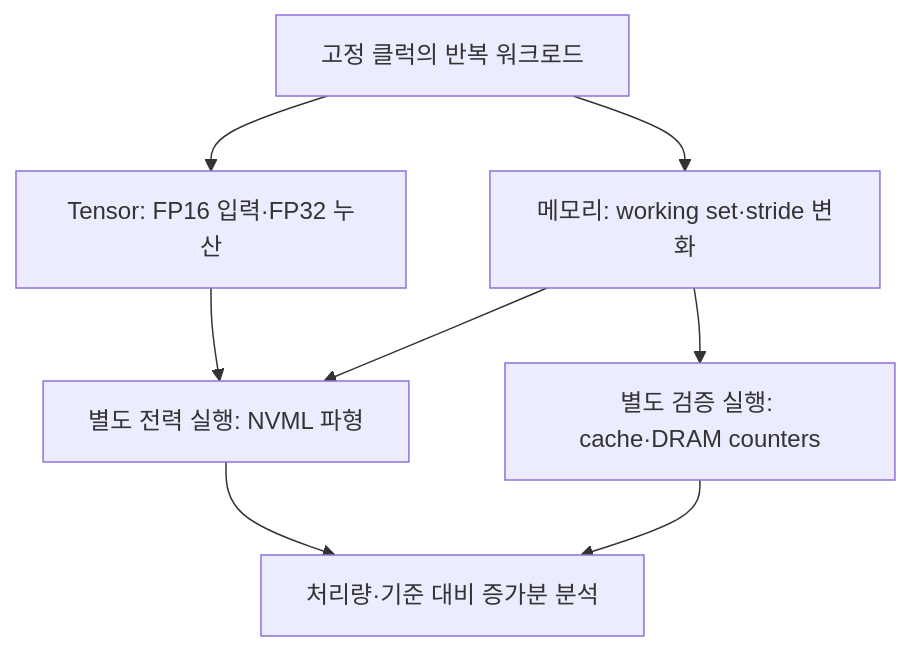
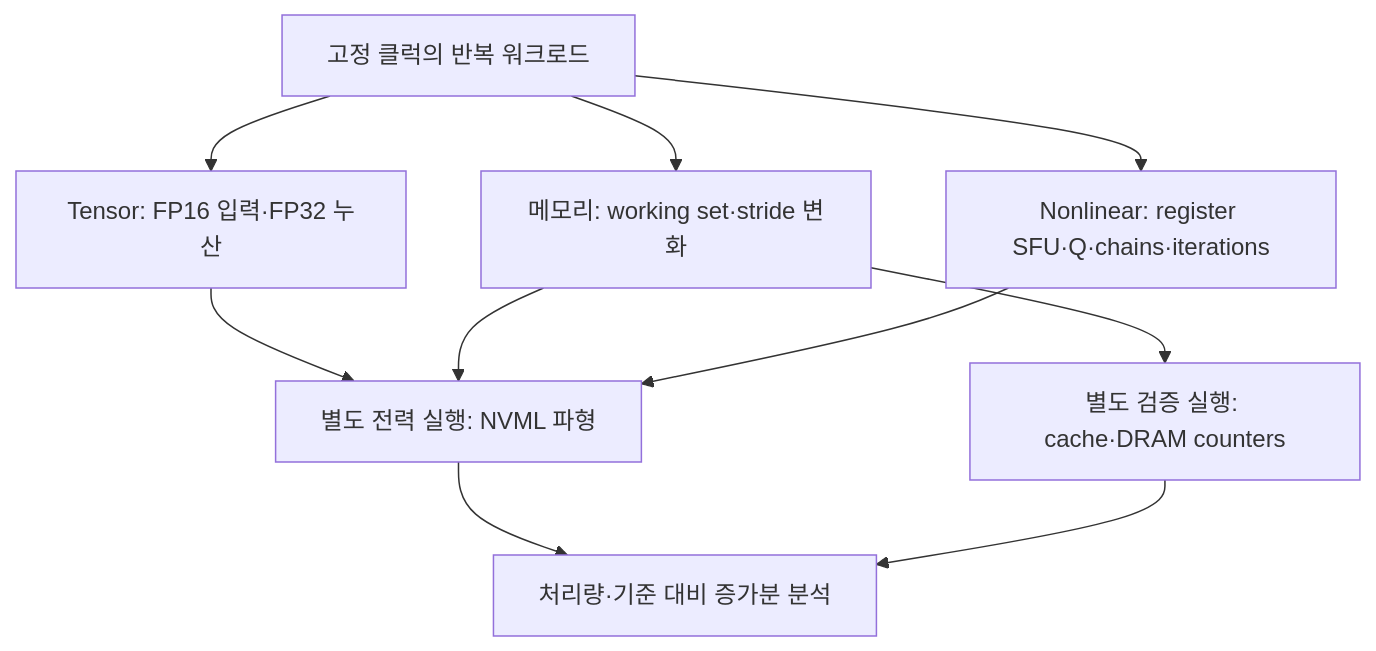
Before and after one commit to bang001/powermodeling: the diagram in docs/experiment-design.ko.md, drawn with Mermaid. The commit also changed other lines of this file and 16 other files, not shown here.

Commit message:
Make nonlinear studies default to register-only SFU microbenchmarks

````diff
--- a/docs/experiment-design.ko.md
+++ b/docs/experiment-design.ko.md
@@ -57,10 +65,12 @@
 ```mermaid
 flowchart TD
   W["고정 클럭의 반복 워크로드"] --> T["Tensor: FP16 입력·FP32 누산"]
   W --> M["메모리: working set·stride 변화"]
+  W --> S["Nonlinear: register SFU·Q·chains·iterations"]
   T --> P["별도 전력 실행: NVML 파형"]
   M --> P
+  S --> P
   M --> C["별도 검증 실행: cache·DRAM counters"]
   P --> A["처리량·기준 대비 증가분 분석"]
   C --> A
 ```
````
